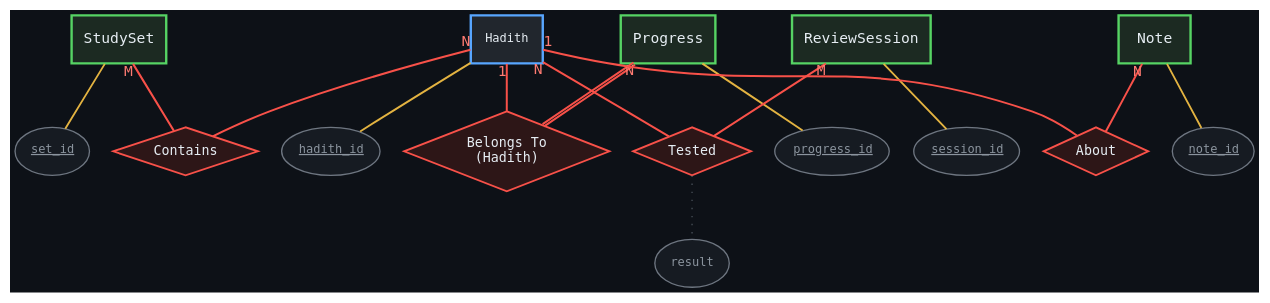
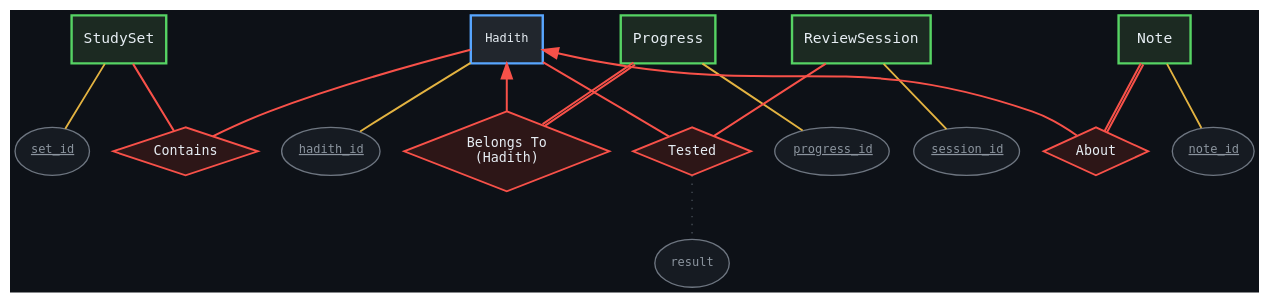
One commit to Kamrulhasan12345/ilham changed the diagram in docs/erd/chen/inter_layer.dot. Above: the diagram before and after it, drawn with Graphviz. The commit also changed 55 other files, not shown here.

```diff
--- a/docs/erd/chen/inter_layer.dot
+++ b/docs/erd/chen/inter_layer.dot
@@ -1,71 +1,75 @@
 // INTER-LAYER — every place the app schema reaches into the corpus.
 // All four crossings point one way (app -> corpus.hadiths) and are read-only:
 // corpus takes no runtime writes. Entities appear as stubs (name + PK); their
 // attributes live in corpus.dot and app.dot.
 //
 // NOTE: no cluster boxes here on purpose. sfdp does not draw them at all, and
 // neato sizes them so badly on a graph this sparse that the corpus box collides
 // with its own label. The layer distinction is carried by node fill/border
 // colour instead — green = app, blue = corpus — which both engines honour.
-graph ERD_InterLayer {
+digraph ERD_InterLayer {
     bgcolor="#0D1117";
     splines=spline;
     overlap=prism;
     sep="+14";
     esep="+7";
     K=1.4;
     graph [fontname="DejaVu Sans Mono", fontcolor="#C9D1D9"];
     node [fontname="DejaVu Sans Mono", fontsize=11];
-    edge [fontname="DejaVu Sans Mono", fontsize=9, color="#8B949E", fontcolor="#C9D1D9"];
+    // Cardinality is carried by arrowheads, not 1/N labels. The arrow points at
+    // the "one" side: filled = exactly one, hollow = at most one, none = many.
+    // Written `Entity -> Relationship`, so the head lands on the tail (dir=back).
+    // dir=none is the graph-level default -- attribute and ISA edges stay plain.
+    edge [fontname="DejaVu Sans Mono", fontsize=9, color="#8B949E", fontcolor="#C9D1D9", dir=none, arrowsize=1.1];
 
     // App-layer entities (green) — the writing side
     node [shape=box, style="filled,bold", penwidth=1.8, fillcolor="#1C2A22", color="#56D364", fontcolor="#E6EDF3"];
     StudySet; Progress; ReviewSession; Note;
 
     node [shape=ellipse, style="filled", fillcolor="#161B22", color="#6E7681", penwidth=1, fontsize=9, fontcolor="#8B949E"];
     ss_id [label=<<U>set_id</U>>];
     prog_id [label=<<U>progress_id</U>>];
     rs_id [label=<<U>session_id</U>>];
     note_id [label=<<U>note_id</U>>];
 
     edge [color="#E3B341", style=solid, penwidth=1.4];
-    StudySet -- ss_id;
-    Progress -- prog_id;
-    ReviewSession -- rs_id;
-    Note -- note_id;
+    StudySet -> ss_id;
+    Progress -> prog_id;
+    ReviewSession -> rs_id;
+    Note -> note_id;
 
 
     // Corpus-layer entity (blue) — the read-only target of all four crossings
     node [shape=box, style="filled,bold", penwidth=1.8, fillcolor="#21262D", color="#58A6FF", fontcolor="#E6EDF3"];
     Hadith;
 
     node [shape=ellipse, style="filled", fillcolor="#161B22", color="#6E7681", penwidth=1, fontsize=9, fontcolor="#8B949E"];
     h_id [label=<<U>hadith_id</U>>];
 
     edge [color="#E3B341", style=solid, penwidth=1.4];
-    Hadith -- h_id;
+    Hadith -> h_id;
 
     // Cross-layer relationship diamonds — red per the README colour code
     node [shape=diamond, style=filled, fillcolor="#2D1617", color="#F85149", penwidth=1.4, fontsize=10, fontcolor="#E6EDF3"];
     ContainsApp [label="Contains"];
     ProgHadith  [label="Belongs To\n(Hadith)"];
     Tested      [label="Tested"];
     About       [label="About"];
 
     // Relationship attribute
     node [shape=ellipse, style="filled", fillcolor="#161B22", color="#6E7681", penwidth=1, fontsize=9, fontcolor="#8B949E"];
     tested_result [label="result"];
 
     edge [color="#F85149", fontcolor="#FF7B72", penwidth=1.5, style=solid, fontsize=11];
-    StudySet -- ContainsApp [taillabel="M"];
-    Hadith   -- ContainsApp [taillabel="N"];
-    Progress -- ProgHadith [taillabel="N", color="#F85149:#F85149"];
-    Hadith   -- ProgHadith [taillabel="1"];
-    ReviewSession -- Tested [taillabel="M"];
-    Hadith        -- Tested [taillabel="N"];
-    Note   -- About [taillabel="N"];
-    Hadith -- About [taillabel="1"];
+    StudySet -> ContainsApp;
+    Hadith   -> ContainsApp;
+    Progress -> ProgHadith [color="#F85149:#F85149"];
+    Hadith   -> ProgHadith [dir=back, arrowtail=normal];
+    ReviewSession -> Tested;
+    Hadith        -> Tested;
+    Note   -> About [color="#F85149:#F85149"];
+    Hadith -> About [dir=back, arrowtail=normal];
 
     edge [color="#484F58", style=dotted, penwidth=1];
-    Tested -- tested_result;
+    Tested -> tested_result;
 }
```
